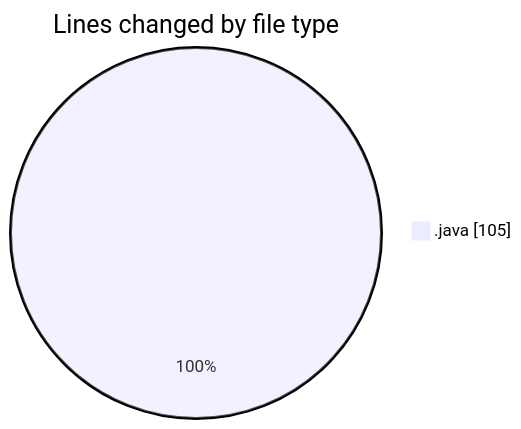
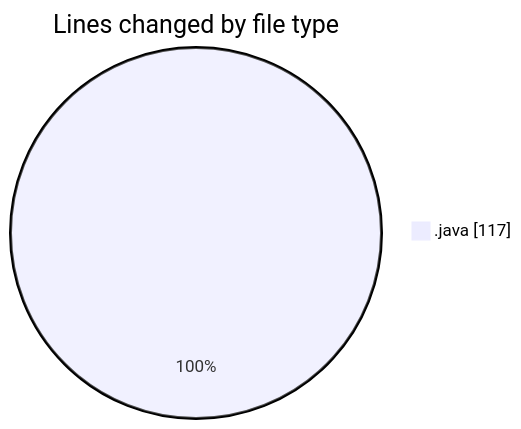
One commit to NitaiMahat/code-tracking changed the first of 2 diagrams in 2025-03-11/inventor/README.md. Above: the diagram before and after it, drawn with Mermaid. The commit also changed other lines of this file and 1 other file, not shown here.

````diff
--- a/2025-03-11/inventor/README.md
+++ b/2025-03-11/inventor/README.md
@@ -21,5 +21,5 @@
 ```mermaid
 pie showData
 title Lines changed by file type
-".java" : 105
+".java" : 117
 ```
````
